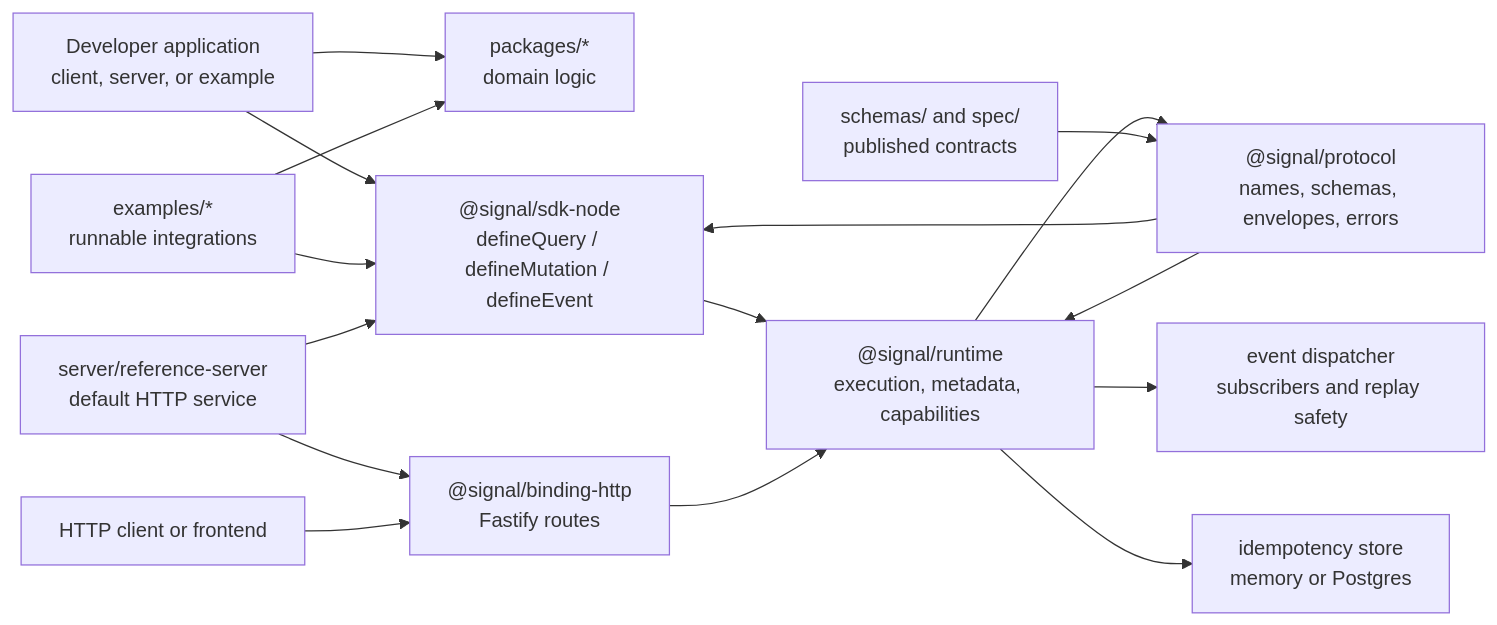
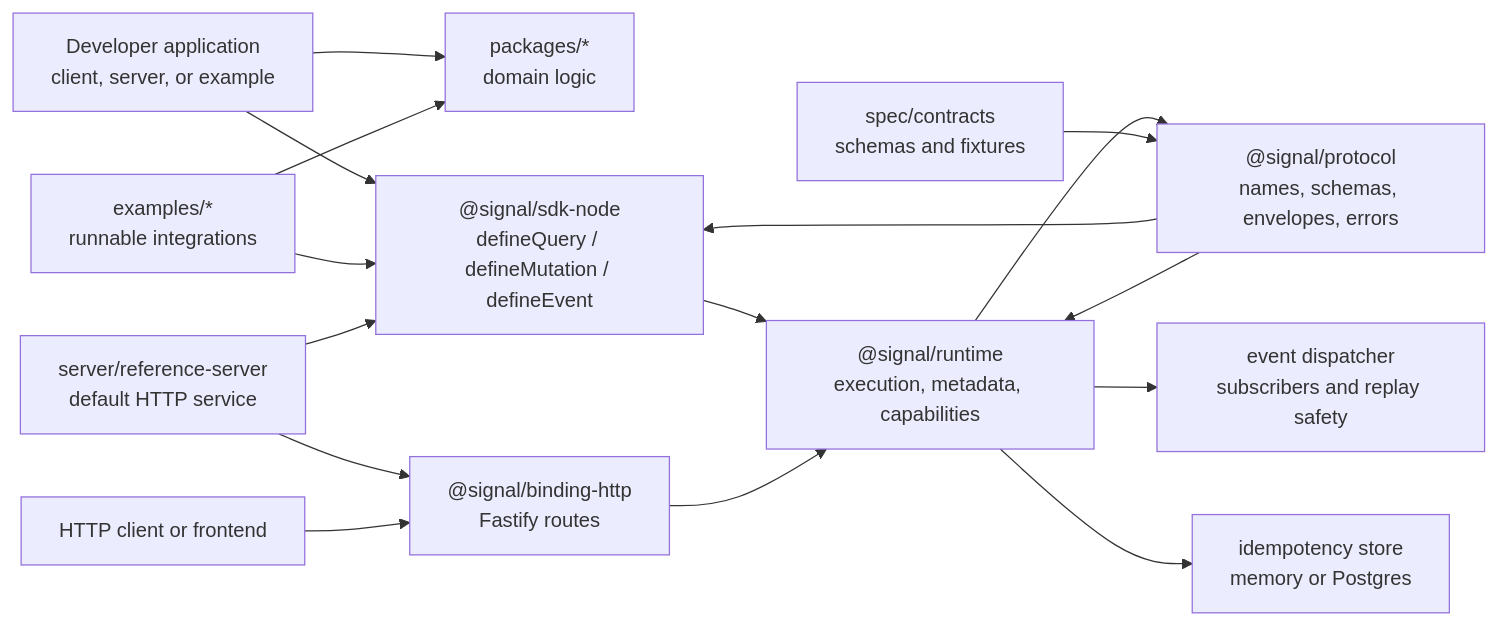
Before and after one commit to DiogoAngelim/signal: the diagram in docs/README.md, drawn with Mermaid. The commit also changed other lines of this file and 95 other files, not shown here.

````diff
--- a/docs/README.md
+++ b/docs/README.md
@@ -69,31 +128,31 @@
 ```mermaid
 flowchart LR
   Developer["Developer application<br/>client, server, or example"]
   Domain["packages/*<br/>domain logic"]
   SDK["@signal/sdk-node<br/>defineQuery / defineMutation / defineEvent"]
   Protocol["@signal/protocol<br/>names, schemas, envelopes, errors"]
   Runtime["@signal/runtime<br/>execution, metadata, capabilities"]
   Dispatcher["event dispatcher<br/>subscribers and replay safety"]
   Idempotency["idempotency store<br/>memory or Postgres"]
   HTTP["@signal/binding-http<br/>Fastify routes"]
   Server["server/reference-server<br/>default HTTP service"]
   Client["HTTP client or frontend"]
   Examples["examples/*<br/>runnable integrations"]
-  Schemas["schemas/ and spec/<br/>published contracts"]
+  Schemas["spec/contracts<br/>schemas and fixtures"]
 
   Developer --> SDK
   Developer --> Domain
   Examples --> SDK
   Examples --> Domain
   SDK --> Runtime
   Protocol --> SDK
   Protocol --> Runtime
   Runtime --> Protocol
   Runtime --> Dispatcher
   Runtime --> Idempotency
   HTTP --> Runtime
   Server --> HTTP
   Server --> SDK
   Client --> HTTP
   Schemas --> Protocol
 ```
````
